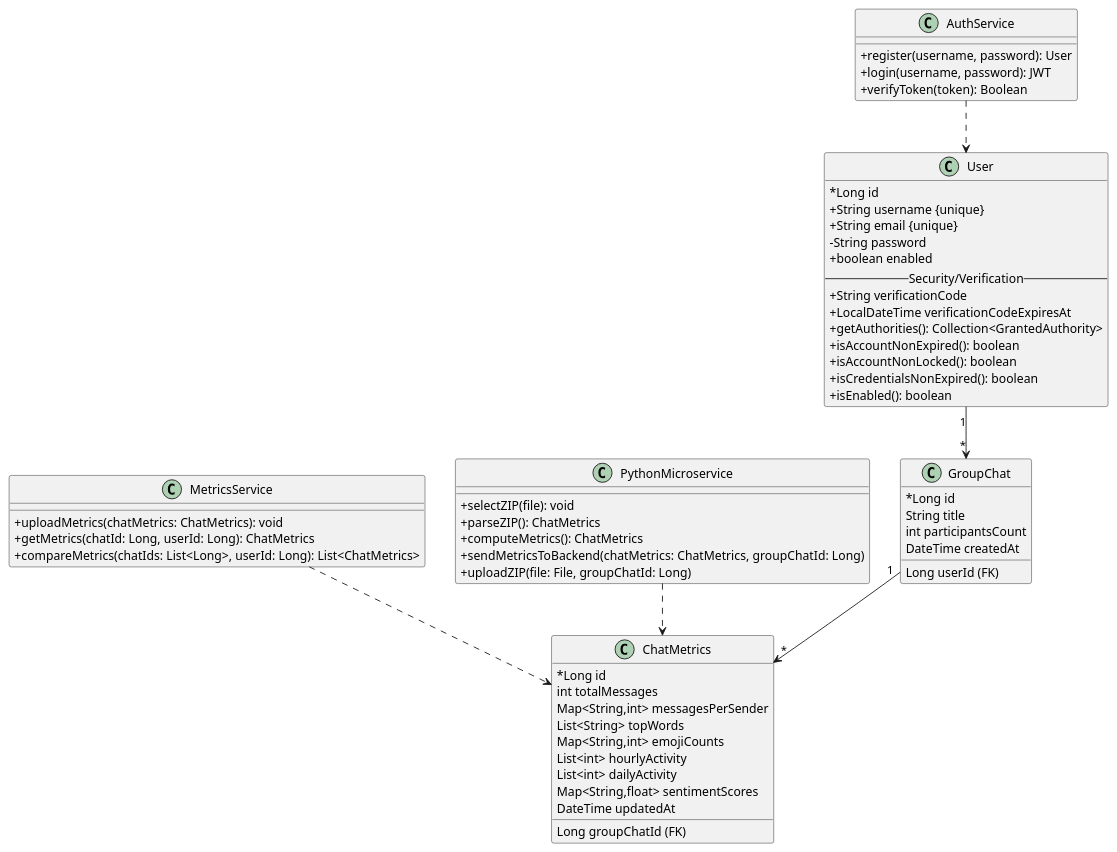
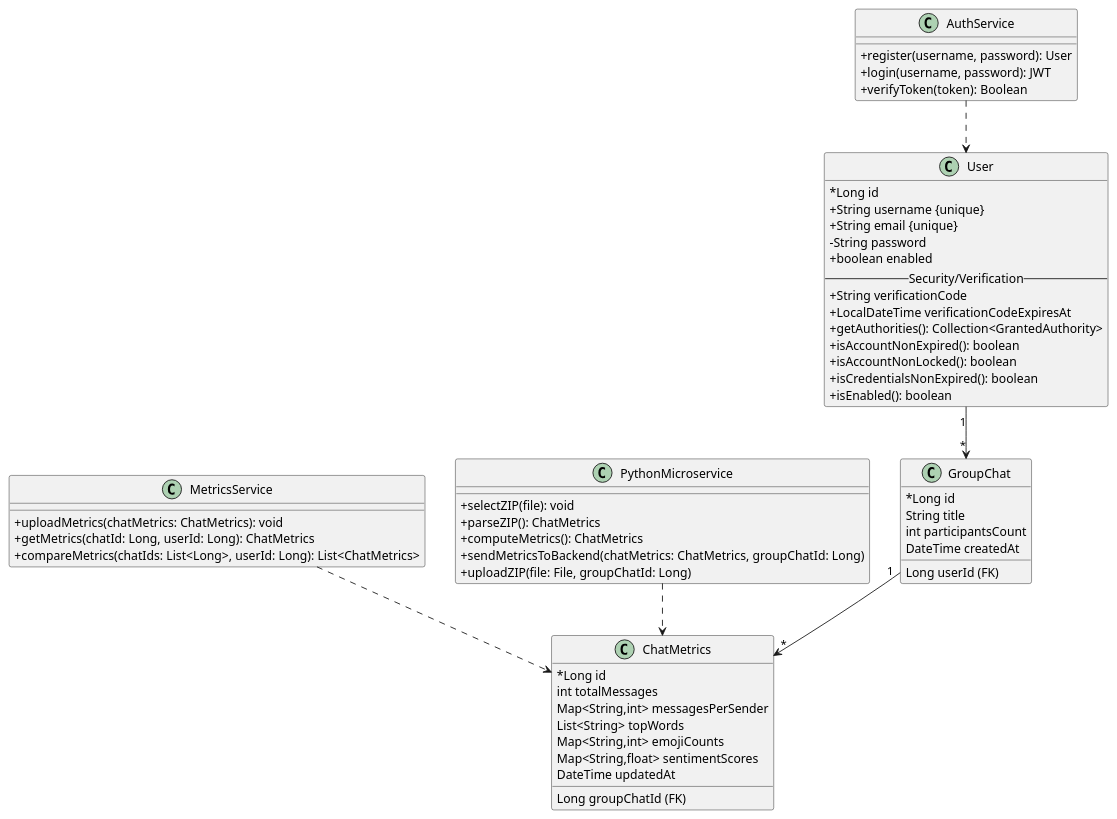
Before and after one commit to duarte3333/Whatsapp_Chat_Analytics: the diagram in backend/assets/whatsapp_uml.puml, drawn with PlantUML. The commit also changed 8 other files, not shown here.

```diff
--- a/backend/assets/whatsapp_uml.puml
+++ b/backend/assets/whatsapp_uml.puml
@@ -1,82 +1,81 @@
 @startuml
 skinparam classAttributeIconSize 0
 
 '=========================
 ' Entities
 '=========================
 class User {
   * Long id
   + String username {unique}
   + String email {unique}
   - String password
   + boolean enabled
   -- Security/Verification --
   + String verificationCode
   + LocalDateTime verificationCodeExpiresAt
   + getAuthorities(): Collection<GrantedAuthority>
   + isAccountNonExpired(): boolean
   + isAccountNonLocked(): boolean
   + isCredentialsNonExpired(): boolean
   + isEnabled(): boolean
 }
 
+'TODO: change according to stats
 class GroupChat {
   * Long id
   String title
   Long userId (FK)
   int participantsCount
   DateTime createdAt
 }
 
 class ChatMetrics {
   * Long id
   Long groupChatId (FK)
   int totalMessages
   Map<String,int> messagesPerSender
   List<String> topWords
   Map<String,int> emojiCounts
-  List<int> hourlyActivity
-  List<int> dailyActivity
   Map<String,float> sentimentScores
   DateTime updatedAt
 }
 
 
 ' Relationships
 User "1" --> "*" GroupChat
 GroupChat "1" --> "*" ChatMetrics
 
 '=========================
 ' Services
 '=========================
 class AuthService {
   +register(username, password): User
   +login(username, password): JWT
   +verifyToken(token): Boolean
 }
 
 class MetricsService {
   +uploadMetrics(chatMetrics: ChatMetrics): void
   +getMetrics(chatId: Long, userId: Long): ChatMetrics
   +compareMetrics(chatIds: List<Long>, userId: Long): List<ChatMetrics>
 }
 
 
 ' Relationships: Services operate on entities
 AuthService ..> User
 MetricsService ..> ChatMetrics
 
 '=========================
 ' Client-side module
 '=========================
 class PythonMicroservice {
   +selectZIP(file): void
   +parseZIP(): ChatMetrics
   +computeMetrics(): ChatMetrics
   +sendMetricsToBackend(chatMetrics: ChatMetrics, groupChatId: Long)
   +uploadZIP(file: File, groupChatId: Long)
 }
 
 PythonMicroservice ..> ChatMetrics
 
 @enduml
```
